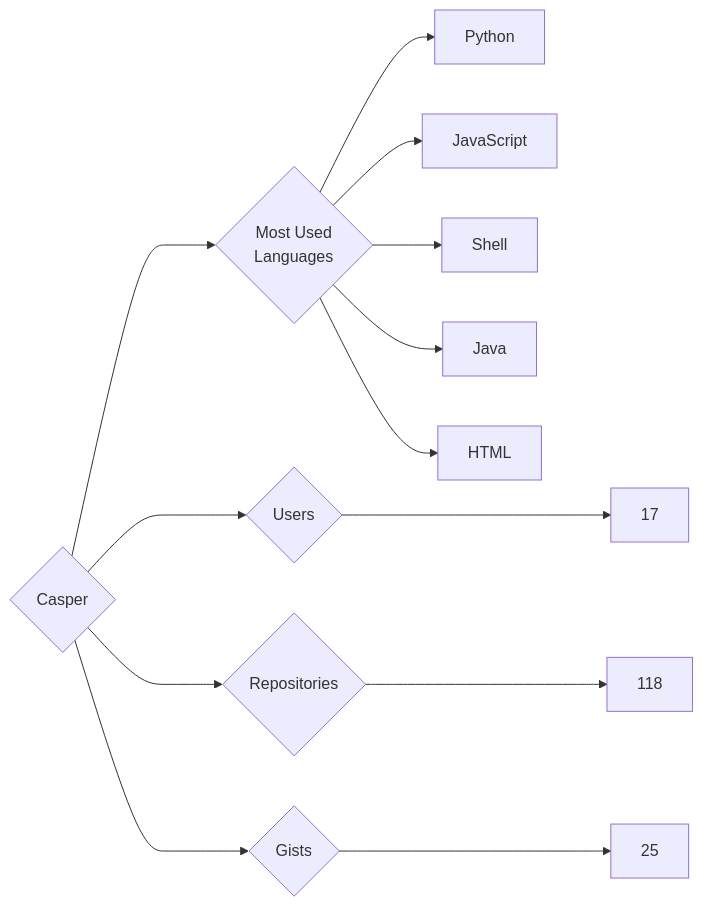
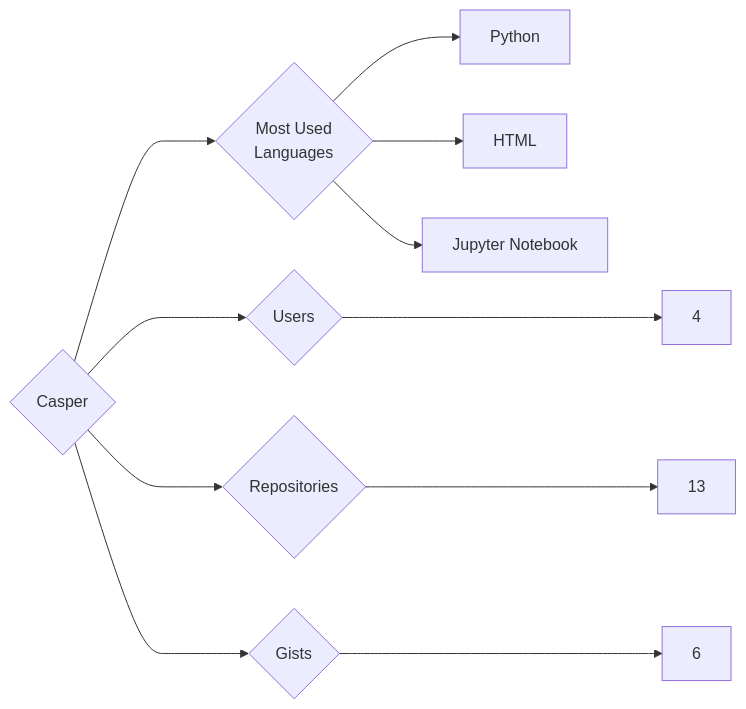
Before and after one commit to trickest/insiders: the diagram in targets/Casper/README.md, drawn with Mermaid. The commit also changed 927 other files, not shown here.

````diff
--- a/targets/Casper/README.md
+++ b/targets/Casper/README.md
@@ -3,13 +3,11 @@
 ```mermaid
 graph LR
 COMPANY_NAME{Casper}
-COMPANY_NAME ---> U{Users} ---> UN[17]
-COMPANY_NAME ---> R{Repositories} ---> RN[118]
-COMPANY_NAME ---> G{Gists} ---> GN[25]
+COMPANY_NAME ---> U{Users} ---> UN[4]
+COMPANY_NAME ---> R{Repositories} ---> RN[13]
+COMPANY_NAME ---> G{Gists} ---> GN[6]
 COMPANY_NAME ---> ML{Most Used<br>Languages}
 ML --> Python[Python]
-ML --> JavaScript[JavaScript]
-ML --> Shell[Shell]
-ML --> Java[Java]
 ML --> HTML[HTML]
+ML --> Jupyter_Notebook[Jupyter Notebook]
 ```
````
